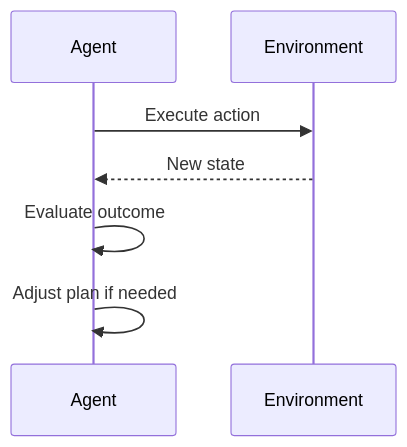
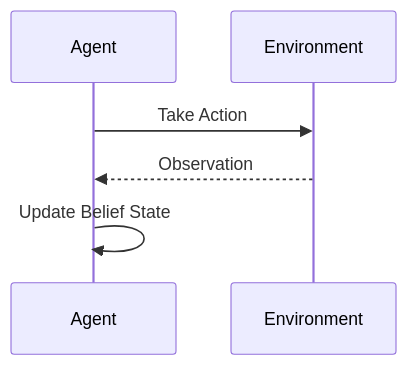
One commit to m-rizqinovniari/agentic-handbook changed the fourth of 5 diagrams in docusaurus/docs/part-1/chapter-3.md. Above: the diagram before and after it, drawn with Mermaid. The commit also changed other lines of this file and 19 other files, not shown here.

````diff
--- a/docusaurus/docs/part-1/chapter-3.md
+++ b/docusaurus/docs/part-1/chapter-3.md
@@ -192,9 +354,6 @@
 ```mermaid
 sequenceDiagram
-    participant Agent
-    participant Environment
-    Agent->>Environment: Execute action
-    Environment-->>Agent: New state
-    Agent->>Agent: Evaluate outcome
-    Agent->>Agent: Adjust plan if needed
+    Agent->>Environment: Take Action
+    Environment-->>Agent: Observation
+    Agent->>Agent: Update Belief State
 ```
````
